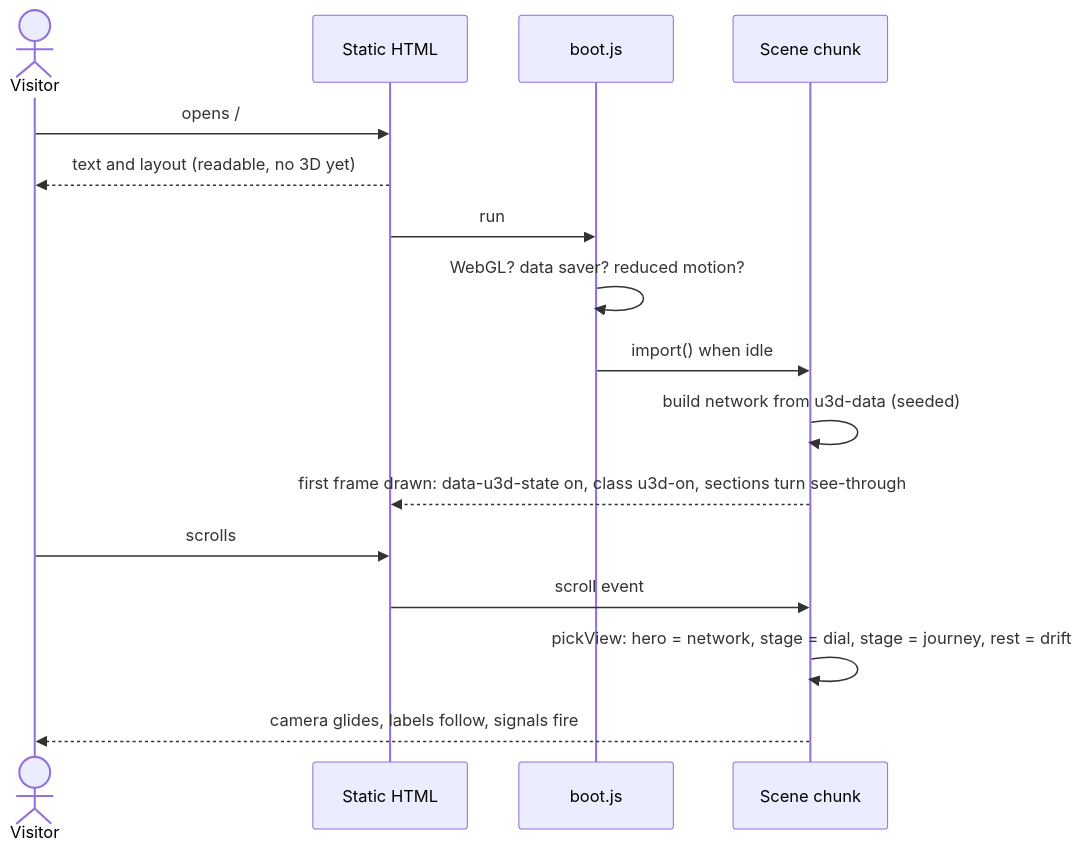
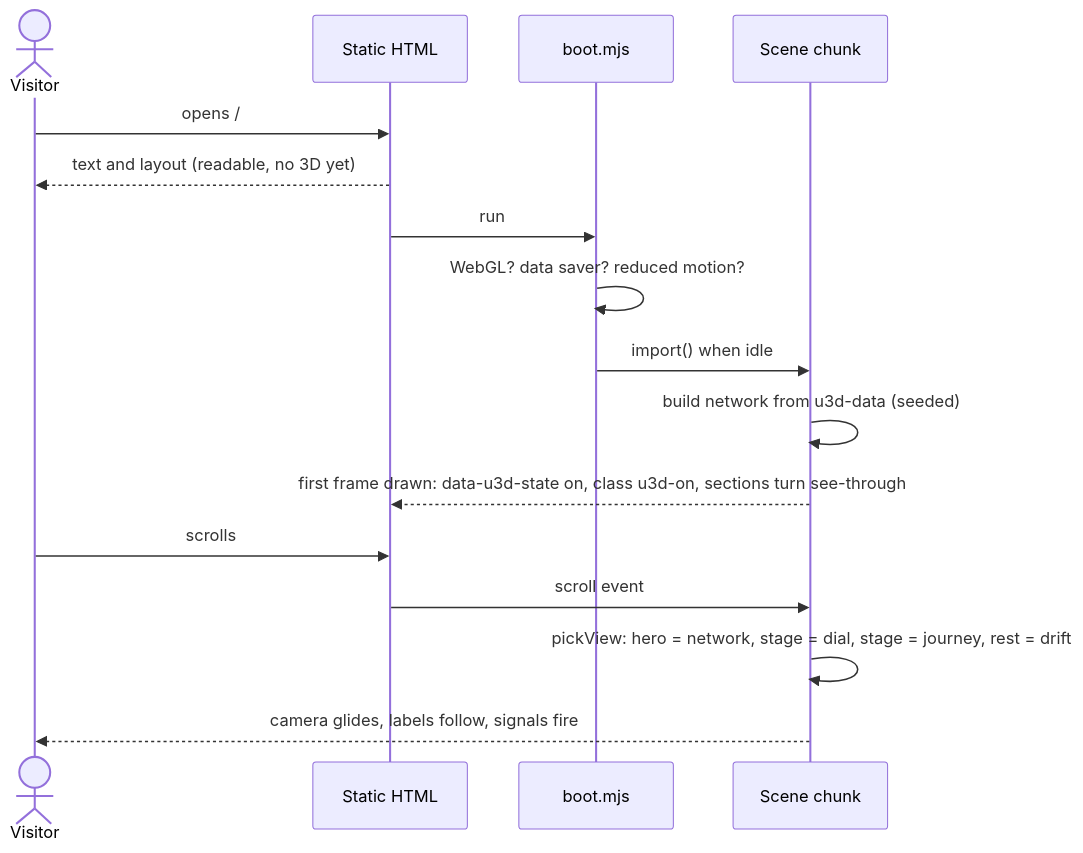
One commit to TechNaom/technaom.github.io changed the third of 3 diagrams in docs/orbit/architecture.md. Above: the diagram before and after it, drawn with Mermaid. The commit also changed other lines of this file and 4 other files, not shown here.

````diff
--- a/docs/orbit/architecture.md
+++ b/docs/orbit/architecture.md
@@ -55,18 +55,18 @@
 ```mermaid
 sequenceDiagram
   actor V as Visitor
   participant H as Static HTML
-  participant B as boot.js
+  participant B as boot.mjs
   participant S as Scene chunk
   V->>H: opens /
   H-->>V: text and layout (readable, no 3D yet)
   H->>B: run
   B->>B: WebGL? data saver? reduced motion?
   B->>S: import() when idle
   S->>S: build network from u3d-data (seeded)
   S-->>H: first frame drawn: data-u3d-state on, class u3d-on, sections turn see-through
   V->>H: scrolls
   H->>S: scroll event
   S->>S: pickView: hero = network, stage = dial, stage = journey, rest = drift
   S-->>V: camera glides, labels follow, signals fire
 ```
````
